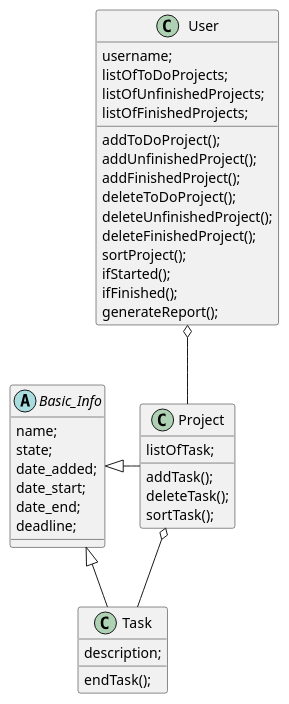
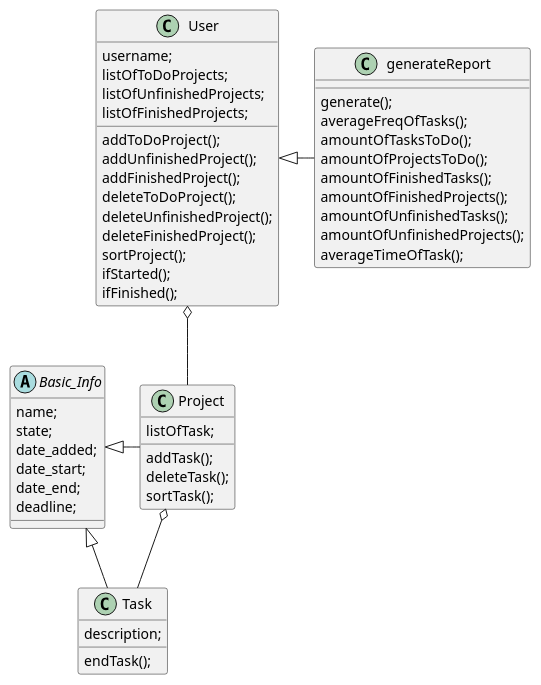
One commit to SoliGabiAnn/Task-manager changed the diagram in Aplikacja_Do_Zarzadzania/Aplikacaj.puml. Above: the diagram before and after it, drawn with PlantUML. The commit also changed 3 other files, not shown here.

```diff
--- a/Aplikacja_Do_Zarzadzania/Aplikacaj.puml
+++ b/Aplikacja_Do_Zarzadzania/Aplikacaj.puml
@@ -1,52 +1,65 @@
 @startuml
 'https://plantuml.com/class-diagram
 
 class Basic_Info
 class Task
 class User
 class Project
 
 Project o-- Task
 User o-- Project
 Basic_Info <|- Task
 Basic_Info <|- Project
+User <|- generateReport
 
 abstract class Basic_Info{
 name;
 state;
 date_added;
 date_start;
 date_end;
 deadline;
 }
 
 class Task{
 description;
 endTask();
 }
 
 class Project{
 listOfTask;
 
 addTask();
 deleteTask();
 sortTask();
 }
 
 class User{
 username;
 listOfToDoProjects;
 listOfUnfinishedProjects;
 listOfFinishedProjects;
 addToDoProject();
 addUnfinishedProject();
 addFinishedProject();
 deleteToDoProject();
 deleteUnfinishedProject();
 deleteFinishedProject();
 sortProject();
 ifStarted();
 ifFinished();
-generateReport();
+}
+
+class generateReport{
+generate();
+averageFreqOfTasks();
+amountOfTasksToDo();
+amountOfProjectsToDo();
+amountOfFinishedTasks();
+amountOfFinishedProjects();
+amountOfUnfinishedTasks();
+amountOfUnfinishedProjects();
+averageTimeOfTask();
+
 }
 @enduml
```
